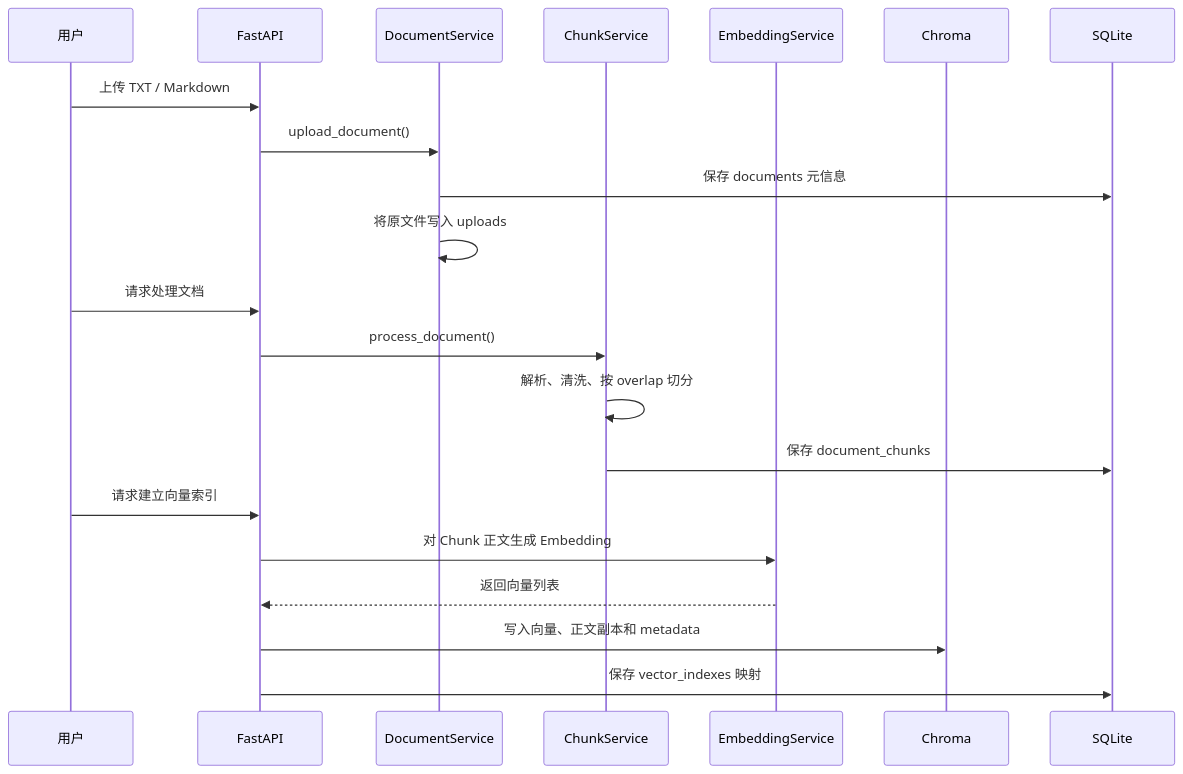
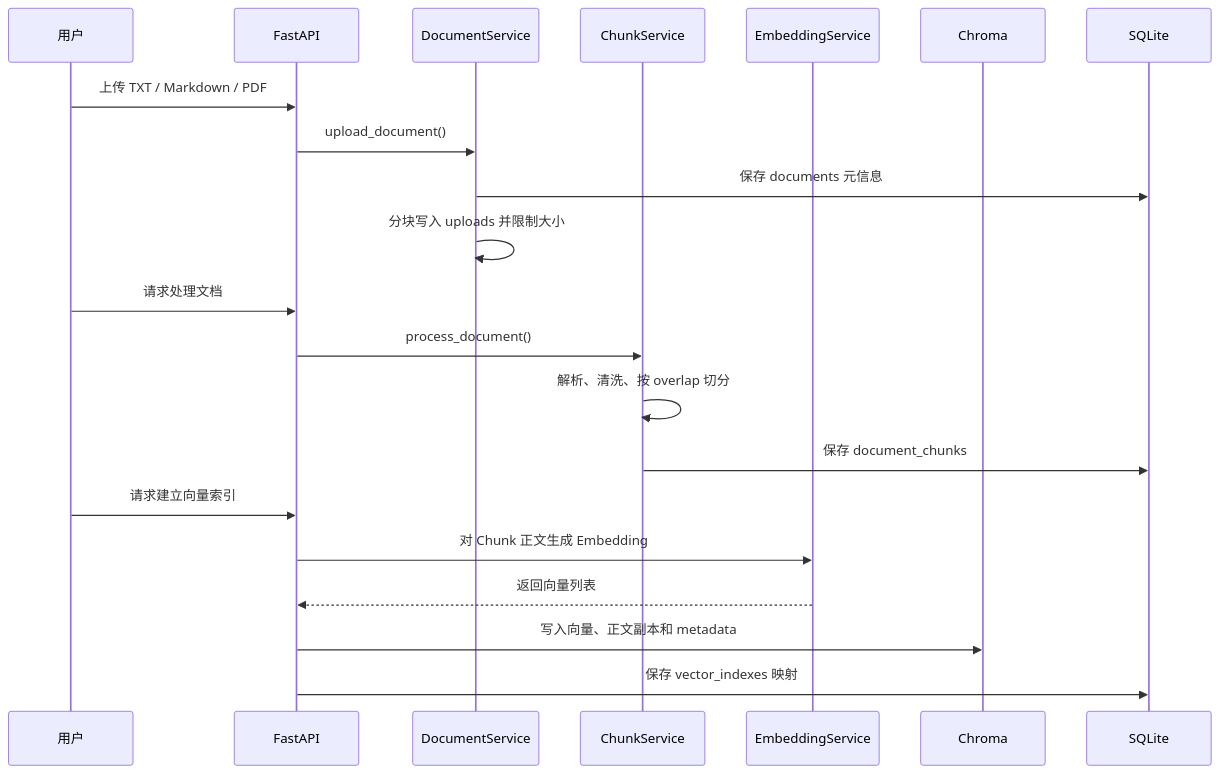
The second of 5 diagrams in docs/system_architecture.md (dejin-chen/knowflow-ai), drawn with Mermaid before and after one commit. The commit also changed other lines of this file and 30 other files, not shown here.

````diff
--- a/docs/system_architecture.md
+++ b/docs/system_architecture.md
@@ -95,24 +95,24 @@
 ```mermaid
 sequenceDiagram
     participant U as 用户
     participant API as FastAPI
     participant DS as DocumentService
     participant CS as ChunkService
     participant ES as EmbeddingService
     participant VS as Chroma
     participant DB as SQLite
 
-    U->>API: 上传 TXT / Markdown
+    U->>API: 上传 TXT / Markdown / PDF
     API->>DS: upload_document()
     DS->>DB: 保存 documents 元信息
-    DS->>DS: 将原文件写入 uploads
+    DS->>DS: 分块写入 uploads 并限制大小
     U->>API: 请求处理文档
     API->>CS: process_document()
     CS->>CS: 解析、清洗、按 overlap 切分
     CS->>DB: 保存 document_chunks
     U->>API: 请求建立向量索引
     API->>ES: 对 Chunk 正文生成 Embedding
     ES-->>API: 返回向量列表
     API->>VS: 写入向量、正文副本和 metadata
     API->>DB: 保存 vector_indexes 映射
 ```
````
